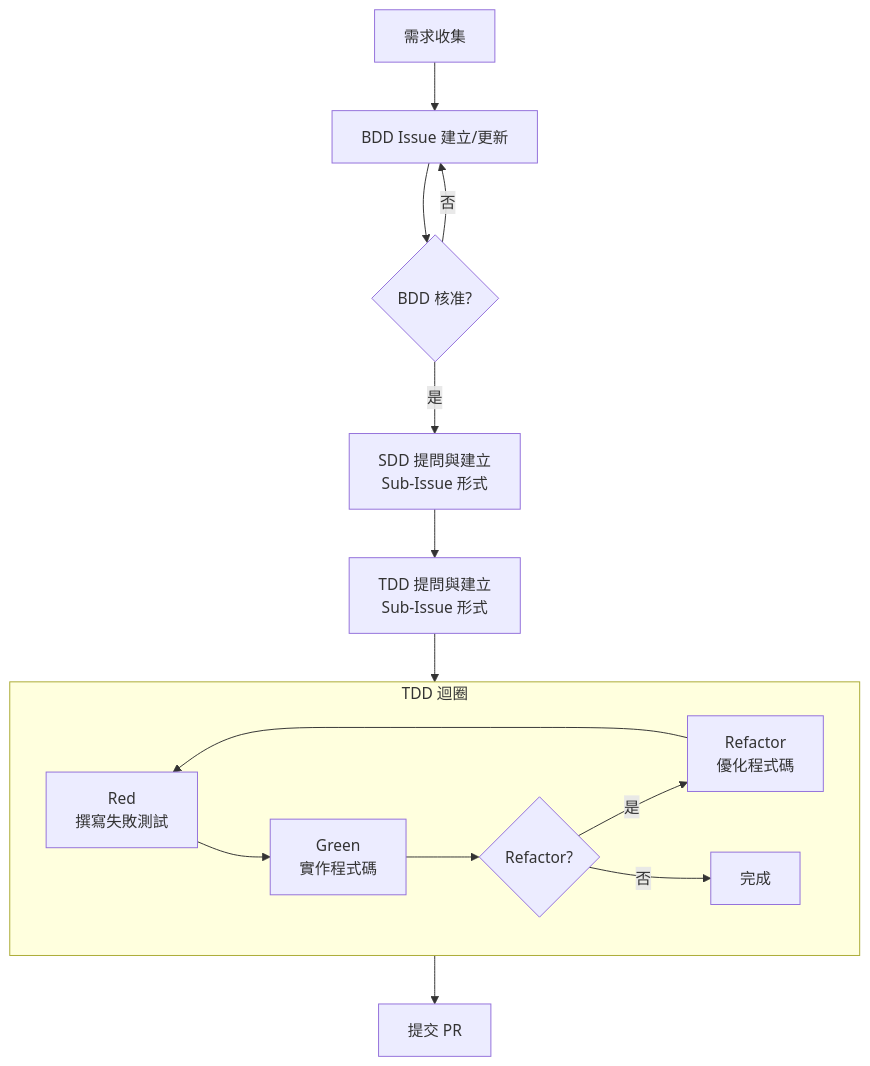
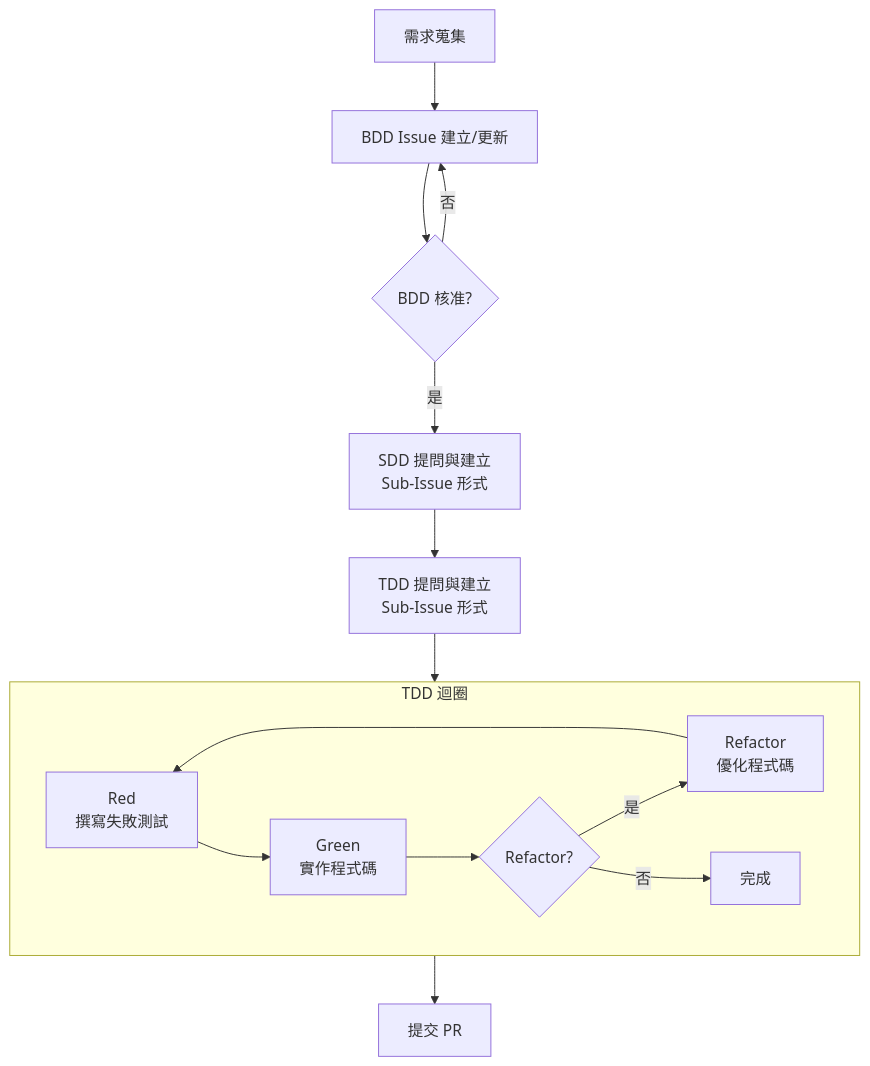
One commit to hsiangjenli/prompts changed the diagram in README.md. Above: the diagram before and after it, drawn with Mermaid. The commit also changed other lines of this file, not shown here.

````diff
--- a/README.md
+++ b/README.md
@@ -7,22 +7,22 @@
 ```mermaid
 flowchart TD
-    A["需求收集"] --> B["BDD Issue 建立/更新"]
+    A["需求蒐集"] --> B["BDD Issue 建立/更新"]
   B --> C{"BDD 核准?"}
     C -->|否| B
     C -->|是| D["SDD 提問與建立<br/>Sub-Issue 形式"]
     D --> E["TDD 提問與建立<br/>Sub-Issue 形式"]
     E --> TDD["TDD 迴圈"]
     
     subgraph TDD["TDD 迴圈"]
         F["Red<br/>撰寫失敗測試"]
   G["Green<br/>實作程式碼"]
         H{"Refactor?"}
   I["Refactor<br/>優化程式碼"]
         F --> G --> H
         H -->|是| I
         I --> F
         H -->|否| J["完成"]
     end
     
     TDD --> K["提交 PR"]
 ```
````
